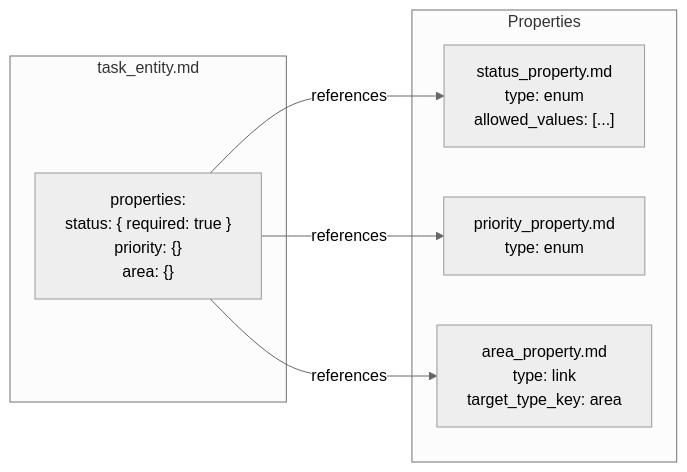
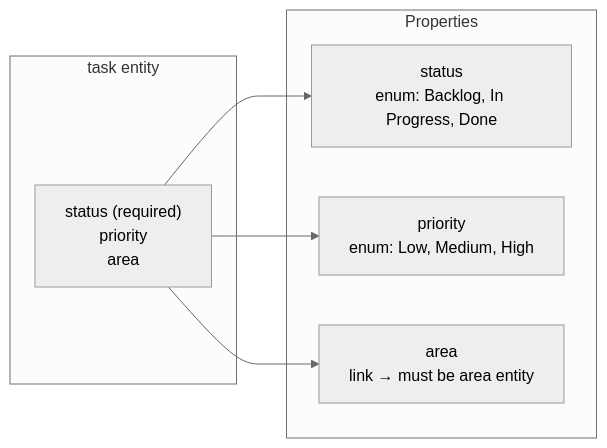
Before and after one commit to mishachepi/obsi-validate: the second of 5 diagrams in docs/architecture.md, drawn with Mermaid (neutral theme). The commit also changed other lines of this file and 23 other files, not shown here.

````diff
--- a/docs/architecture.md
+++ b/docs/architecture.md
@@ -83,16 +25,16 @@
 ```mermaid
 flowchart LR
-    subgraph Entity["task_entity.md"]
-        E["properties:<br/>  status: { required: true }<br/>  priority: {}<br/>  area: {}"]
+    subgraph Entity["task entity"]
+        E["status (required)<br/>priority<br/>area"]
     end
 
     subgraph Properties
-        S["status_property.md<br/>type: enum<br/>allowed_values: [...]"]
-        P["priority_property.md<br/>type: enum"]
-        A["area_property.md<br/>type: link<br/>target_type_key: area"]
+        S["status<br/>enum: Backlog, In Progress, Done"]
+        PR["priority<br/>enum: Low, Medium, High"]
+        A["area<br/>link → must be area entity"]
     end
 
-    E -->|references| S
-    E -->|references| P
-    E -->|references| A
+    E --> S
+    E --> PR
+    E --> A
 ```
````
